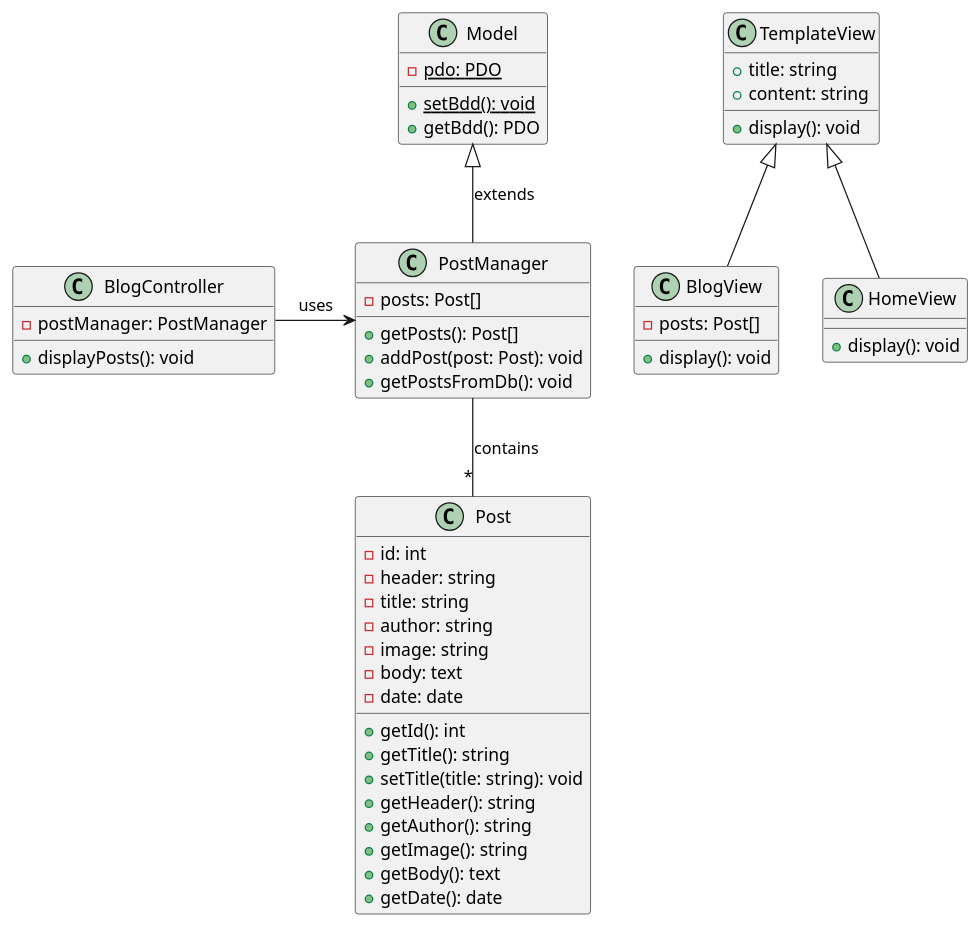
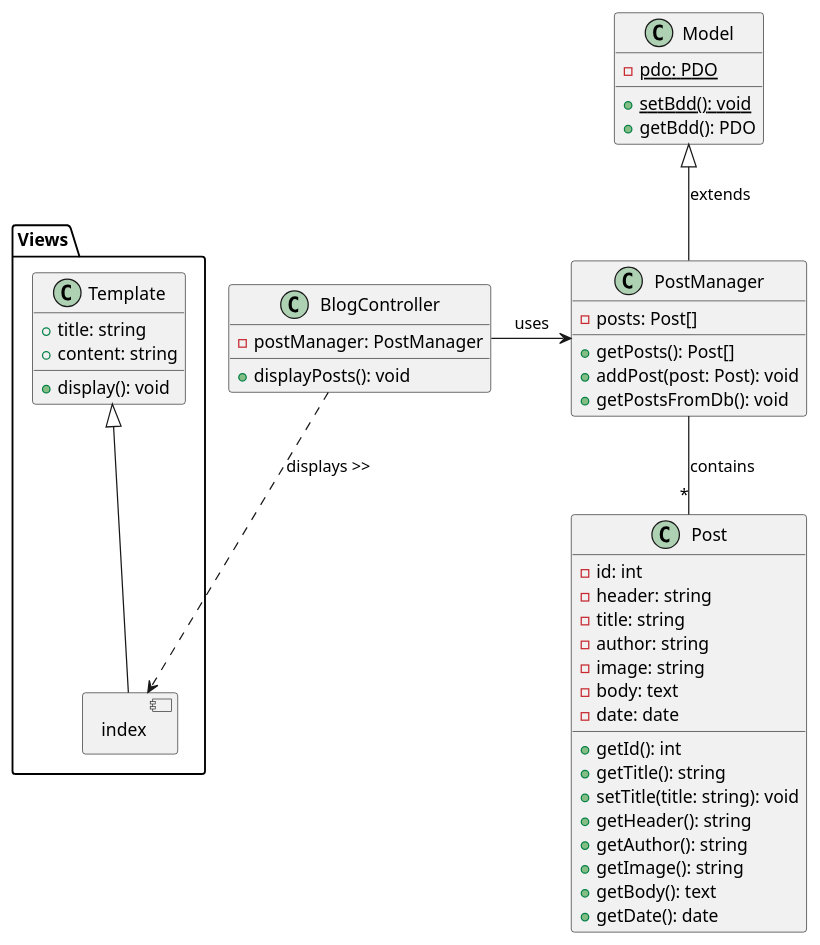
One commit to aurelienbois/blog changed the diagram in classes.puml. Above: the diagram before and after it, drawn with PlantUML.

Commit message:
fixed view elements types

```diff
--- a/classes.puml
+++ b/classes.puml
@@ -1,61 +1,60 @@
 @startuml
+allowmixing
 
 class Post {
     - id: int
     - header: string
     - title: string
     - author: string
     - image: string
     - body: text
     - date: date
     + getId(): int
     + getTitle(): string
     + setTitle(title: string): void
     + getHeader(): string
     + getAuthor(): string
     + getImage(): string
     + getBody(): text
     + getDate(): date
 }
 
 class PostManager {
     - posts: Post[]
     + getPosts(): Post[]
     + addPost(post: Post): void
     + getPostsFromDb(): void
 }
 
 class Model {
     {static} - pdo: PDO
     {static} + setBdd(): void
     + getBdd(): PDO
 }
 
 class BlogController {
     - postManager: PostManager
     + displayPosts(): void
 }
 
-class TemplateView {
-    + title: string
-    + content: string
-    + display(): void
+
+
+package "Views" {
+    class Template {
+        + title: string
+        + content: string
+        + display(): void
+    }
+    component index
 }
 
-class BlogView {
-    - posts: Post[]
-    + display(): void
-}
-
-class HomeView {
-    + display(): void
-}
 
 PostManager -- "*" Post : contains
 PostManager -up-|> Model : extends
+
 BlogController -right-> PostManager : uses
+BlogController ..> index : displays >>
 
-TemplateView <|-- BlogView
-TemplateView <|-- HomeView
+Template <|-- index
 
 @enduml
```
